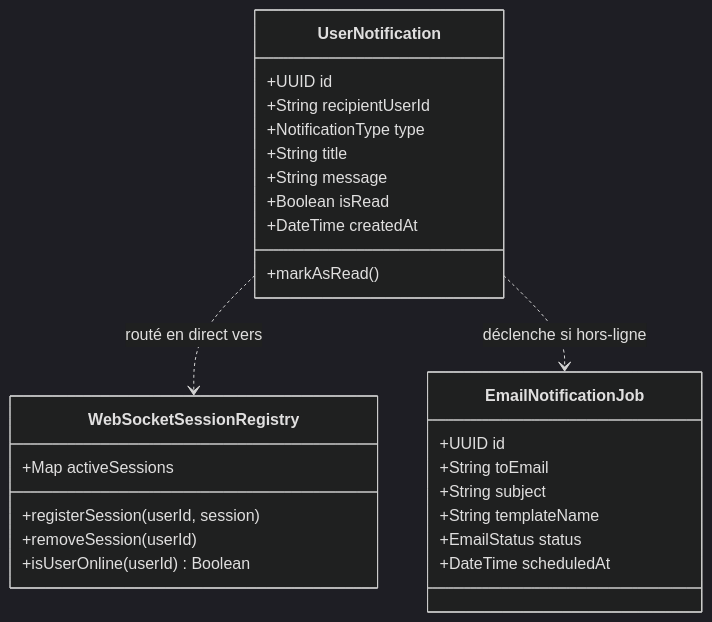
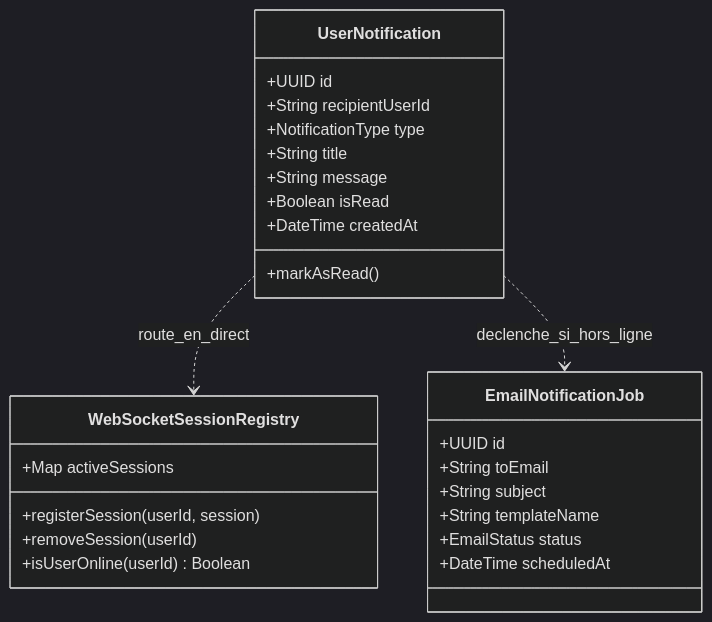
One commit to Architecture-web/projet changed the diagram in Documentation/Diagrams/class_notification_service.mmd. Above: the diagram before and after it, drawn with Mermaid (dark theme). The commit also changed 7 other files, not shown here.

Commit message:
fix(diagrams): normalisation des labels de relations dans tous les diagrammes de classes Mermaid

```diff
--- a/Documentation/Diagrams/class_notification_service.mmd
+++ b/Documentation/Diagrams/class_notification_service.mmd
@@ -1,30 +1,30 @@
 classDiagram
     class UserNotification {
         +UUID id
         +String recipientUserId
         +NotificationType type
         +String title
         +String message
         +Boolean isRead
         +DateTime createdAt
         +markAsRead()
     }
 
     class WebSocketSessionRegistry {
         +Map activeSessions
         +registerSession(userId, session)
         +removeSession(userId)
         +isUserOnline(userId) Boolean
     }
 
     class EmailNotificationJob {
         +UUID id
         +String toEmail
         +String subject
         +String templateName
         +EmailStatus status
         +DateTime scheduledAt
     }
 
-    UserNotification ..> WebSocketSessionRegistry : routé en direct vers
-    UserNotification ..> EmailNotificationJob : déclenche si hors-ligne
+    UserNotification ..> WebSocketSessionRegistry : route_en_direct
+    UserNotification ..> EmailNotificationJob : declenche_si_hors_ligne
```
